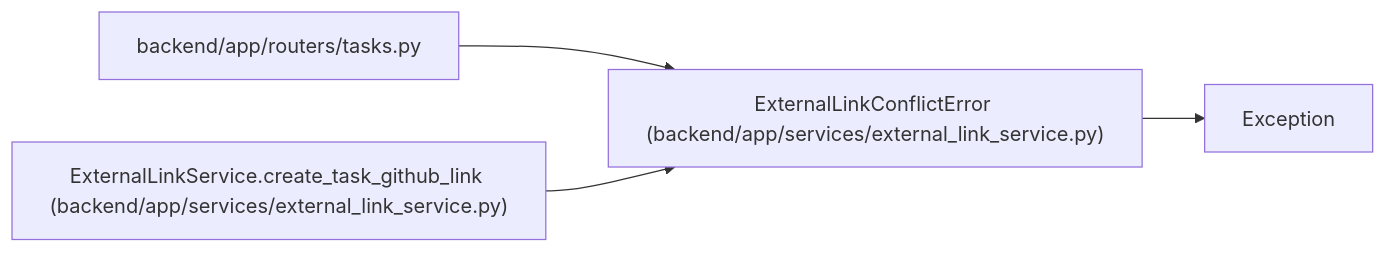
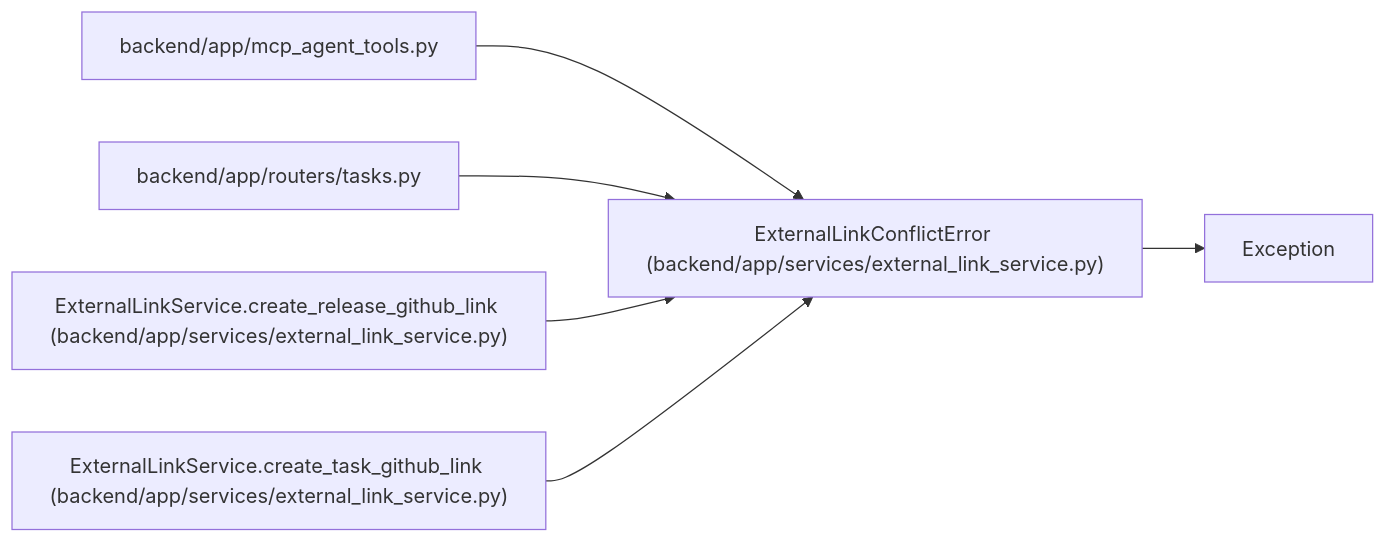
The diagram in docs/llm_wiki/entities/ExternalLinkConflictError.md (Denissvgn/WorkChord), drawn with Mermaid before and after one commit. The commit also changed other lines of this file and 2373 other files, not shown here.

````diff
--- a/docs/llm_wiki/entities/ExternalLinkConflictError.md
+++ b/docs/llm_wiki/entities/ExternalLinkConflictError.md
@@ -23,13 +23,19 @@
 ```mermaid
 flowchart LR
     n0["ExternalLinkConflictError (backend/app/services/external_link_service.py)"]
     n1["Exception"]
-    n2["backend/app/routers/tasks.py"]
-    n3["ExternalLinkService.create_task_github_link (backend/app/services/external_link_service.py)"]
+    n2["backend/app/mcp_agent_tools.py"]
+    n3["backend/app/routers/tasks.py"]
+    n4["ExternalLinkService.create_release_github_link (backend/app/services/external_link_service.py)"]
+    n5["ExternalLinkService.create_task_github_link (backend/app/services/external_link_service.py)"]
     n0 --> n1
     n2 --> n0
     n3 --> n0
+    n4 --> n0
+    n5 --> n0
     click n0 "../modules/external_link_service.md"
-    click n2 "../modules/tasks.md"
-    click n3 "../modules/external_link_service.md"
+    click n2 "../modules/mcp_agent_tools.md"
+    click n3 "../modules/tasks.md"
+    click n4 "../modules/external_link_service.md"
+    click n5 "../modules/external_link_service.md"
 ```
````
